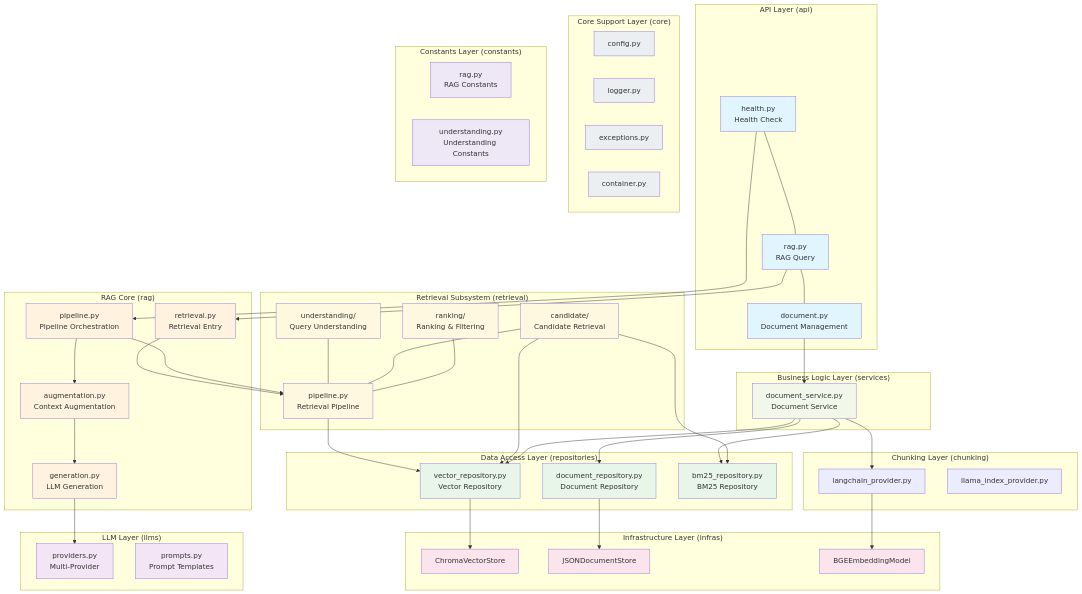
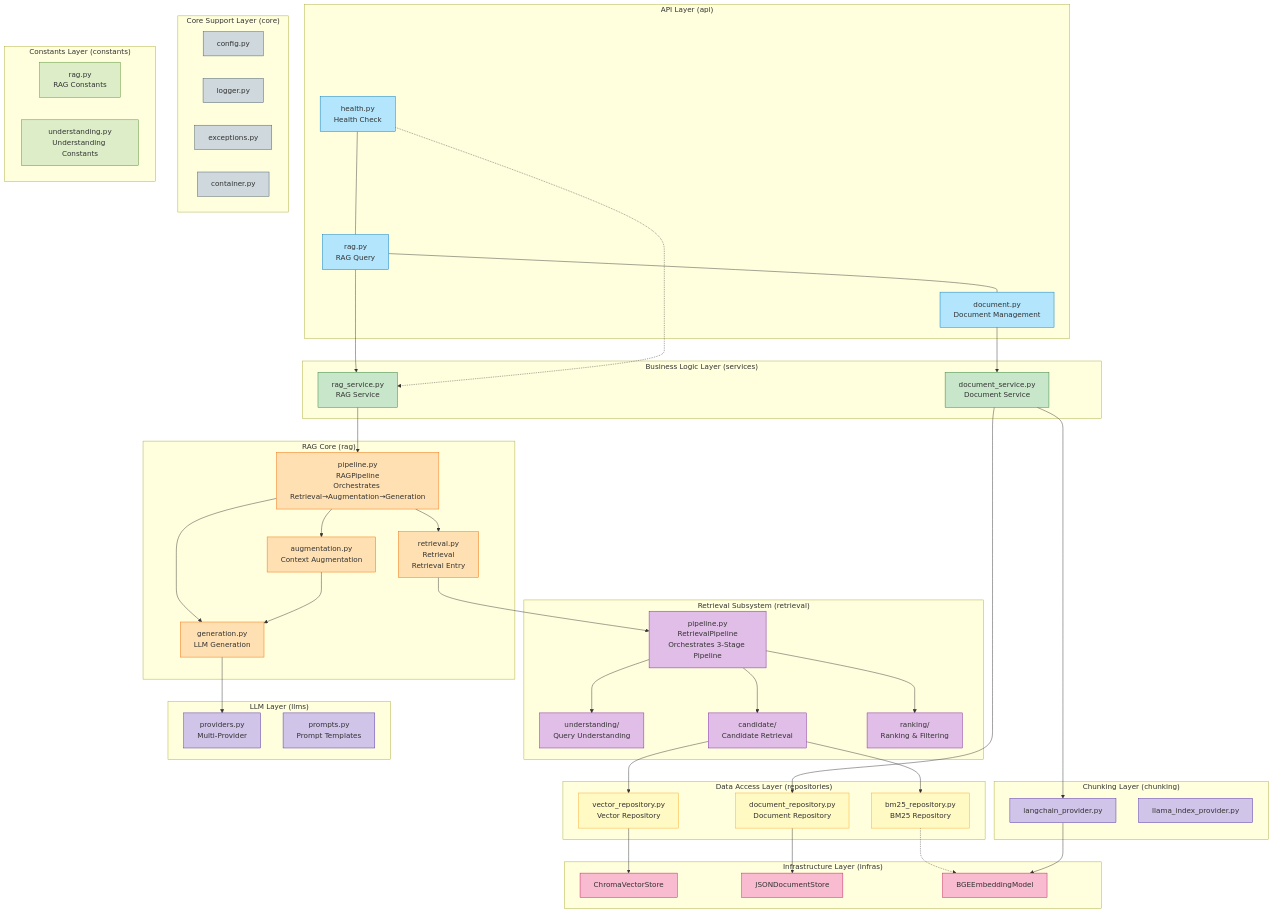
The second of 4 diagrams in README.en.md (chain-engine/x-rag), drawn with Mermaid before and after one commit. The commit also changed other lines of this file and 1 other file, not shown here.

````diff
--- a/README.en.md
+++ b/README.en.md
@@ -178,25 +184,23 @@
         A1 --- A2 --- A3
     end
 
+    subgraph "Business Logic Layer (services)"
+        SVC1["rag_service.py<br/>RAG Service"]
+        SVC2["document_service.py<br/>Document Service"]
+    end
+
     subgraph "RAG Core (rag)"
-        RAG1["pipeline.py<br/>Pipeline Orchestration"]
-        RAG2["retrieval.py<br/>Retrieval Entry"]
+        RAG1["pipeline.py<br/>RAGPipeline<br/>Orchestrates Retrieval→Augmentation→Generation"]
+        RAG2["retrieval.py<br/>Retrieval<br/>Retrieval Entry"]
         RAG3["augmentation.py<br/>Context Augmentation"]
         RAG4["generation.py<br/>LLM Generation"]
     end
 
     subgraph "Retrieval Subsystem (retrieval)"
-        RET1["pipeline.py<br/>Retrieval Pipeline"]
+        RET1["pipeline.py<br/>RetrievalPipeline<br/>Orchestrates 3-Stage Pipeline"]
         RET2["understanding/<br/>Query Understanding"]
         RET3["candidate/<br/>Candidate Retrieval"]
         RET4["ranking/<br/>Ranking & Filtering"]
-        RET2 --- RET1
-        RET3 --- RET1
-        RET4 --- RET1
-    end
-
-    subgraph "Business Logic Layer (services)"
-        SVC1["document_service.py<br/>Document Service"]
     end
 
     subgraph "Data Access Layer (repositories)"
@@ -233,52 +237,61 @@
         CON2["understanding.py<br/>Understanding Constants"]
     end
 
-    A1 --> RAG1
-    A2 --> RAG2
-    A3 --> SVC1
+    A2 --> SVC1
+    A3 --> SVC2
+    A1 -.-> SVC1
+
+    SVC1 --> RAG1
+    SVC2 --> REP2
+    SVC2 --> CHK1
+
+    RAG1 --> RAG2
+    RAG1 --> RAG3
+    RAG1 --> RAG4
 
     RAG2 --> RET1
-    RAG1 --> RET1
-    RAG1 --> RAG3
     RAG3 --> RAG4
     RAG4 --> LLM1
 
-    RET1 --> REP1
+    RET1 --> RET2
+    RET1 --> RET3
+    RET1 --> RET4
+
     RET3 --> REP1
-    SVC1 --> REP1
-    SVC1 --> REP2
-    SVC1 --> REP3
-    SVC1 --> CHK1
-    CHK1 --> I3
+    RET3 --> REP3
 
     REP1 --> I1
     REP2 --> I2
-    RET3 --> REP3
+    REP3 -.-> I3
+    CHK1 --> I3
 
-    style A1 fill:#e1f5fe
-    style A2 fill:#e1f5fe
-    style A3 fill:#e1f5fe
-    style RAG1 fill:#fff3e0
-    style RAG2 fill:#fff3e0
-    style RAG3 fill:#fff3e0
-    style RAG4 fill:#fff3e0
-    style RET1 fill:#fff8e1
-    style RET2 fill:#fff8e1
-    style RET3 fill:#fff8e1
-    style RET4 fill:#fff8e1
-    style SVC1 fill:#f1f8e9
-    style REP1 fill:#e8f5e9
-    style REP2 fill:#e8f5e9
-    style REP3 fill:#e8f5e9
-    style I1 fill:#fce4ec
-    style I2 fill:#fce4ec
-    style I3 fill:#fce4ec
-    style LLM1 fill:#f3e5f5
-    style LLM2 fill:#f3e5f5
-    style C1 fill:#eceff1
-    style C2 fill:#eceff1
-    style C3 fill:#eceff1
-    style C4 fill:#eceff1
-    style CON1 fill:#ede7f6
-    style CON2 fill:#ede7f6
+    style A1 fill:#b3e5fc,stroke:#0277bd
+    style A2 fill:#b3e5fc,stroke:#0277bd
+    style A3 fill:#b3e5fc,stroke:#0277bd
+    style SVC1 fill:#c8e6c9,stroke:#2e7d32
+    style SVC2 fill:#c8e6c9,stroke:#2e7d32
+    style RAG1 fill:#ffe0b2,stroke:#ef6c00
+    style RAG2 fill:#ffe0b2,stroke:#ef6c00
+    style RAG3 fill:#ffe0b2,stroke:#ef6c00
+    style RAG4 fill:#ffe0b2,stroke:#ef6c00
+    style RET1 fill:#e1bee7,stroke:#7b1fa2
+    style RET2 fill:#e1bee7,stroke:#7b1fa2
+    style RET3 fill:#e1bee7,stroke:#7b1fa2
+    style RET4 fill:#e1bee7,stroke:#7b1fa2
+    style REP1 fill:#fff9c4,stroke:#f9a825
+    style REP2 fill:#fff9c4,stroke:#f9a825
+    style REP3 fill:#fff9c4,stroke:#f9a825
+    style I1 fill:#f8bbd0,stroke:#c2185b
+    style I2 fill:#f8bbd0,stroke:#c2185b
+    style I3 fill:#f8bbd0,stroke:#c2185b
+    style LLM1 fill:#d1c4e9,stroke:#512da8
+    style LLM2 fill:#d1c4e9,stroke:#512da8
+    style CHK1 fill:#d1c4e9,stroke:#512da8
+    style CHK2 fill:#d1c4e9,stroke:#512da8
+    style C1 fill:#cfd8dc,stroke:#455a64
+    style C2 fill:#cfd8dc,stroke:#455a64
+    style C3 fill:#cfd8dc,stroke:#455a64
+    style C4 fill:#cfd8dc,stroke:#455a64
+    style CON1 fill:#dcedc8,stroke:#558b2f
+    style CON2 fill:#dcedc8,stroke:#558b2f
 ```
````
